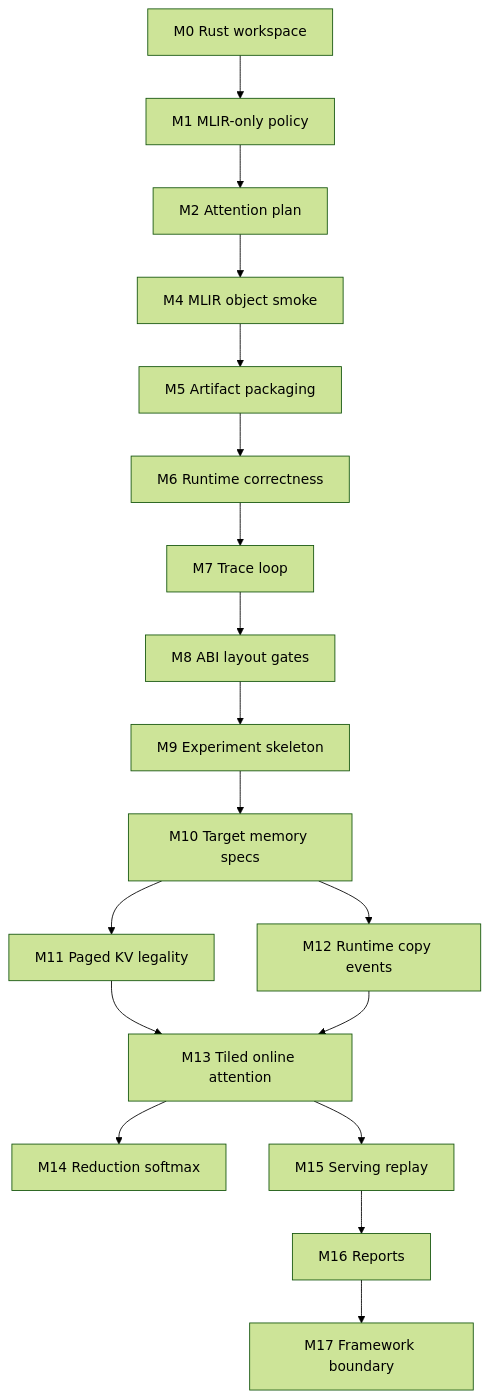
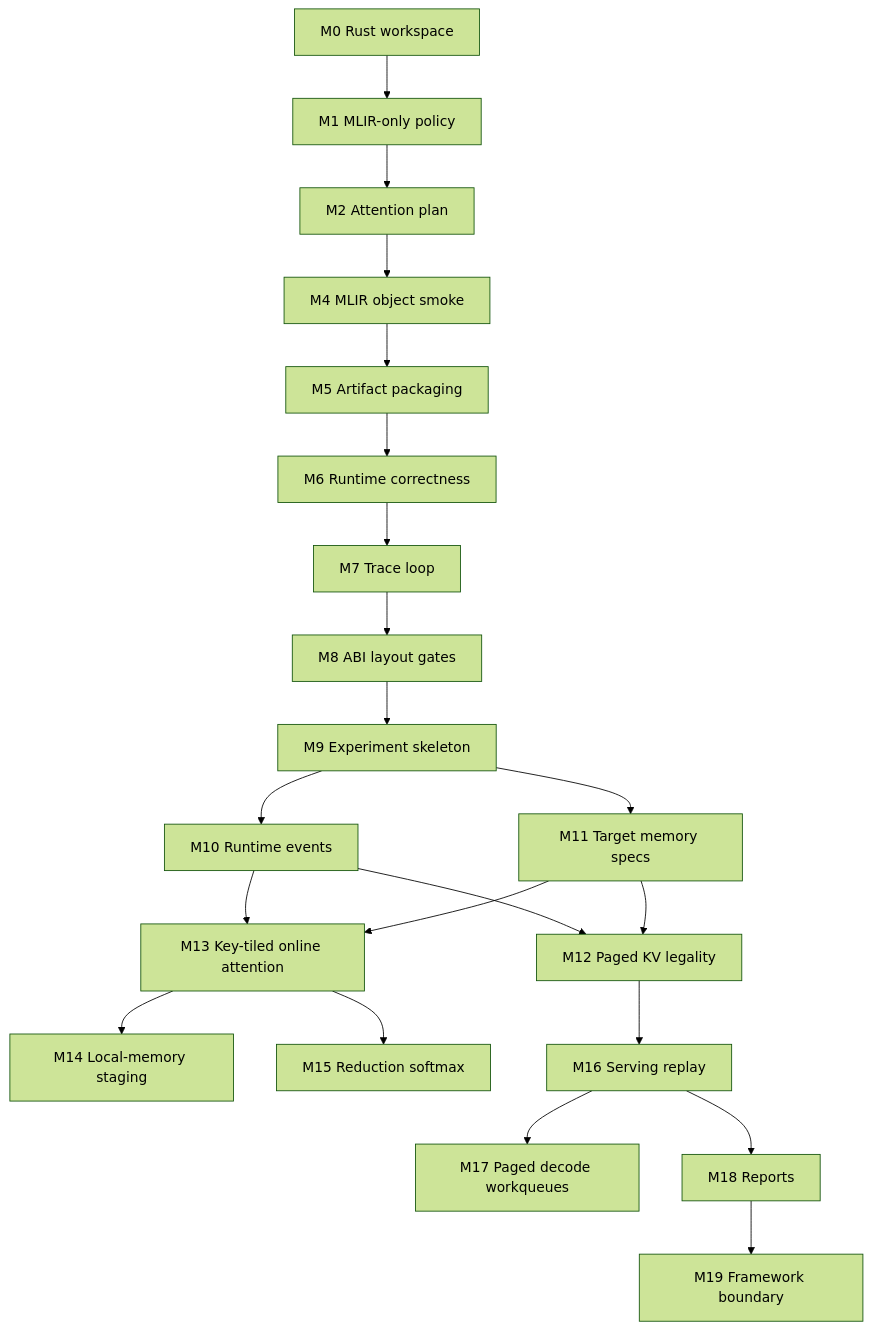
One commit to devillove084/Mandrel changed the second of 2 diagrams in docs/roadmap.md. Above: the diagram before and after it, drawn with Mermaid (forest theme). The commit also changed other lines of this file and 14 other files, not shown here.

````diff
--- a/docs/roadmap.md
+++ b/docs/roadmap.md
@@ -137,20 +196,23 @@
 ```mermaid
 flowchart TD
     M0[M0 Rust workspace] --> M1[M1 MLIR-only policy]
     M1 --> M2[M2 Attention plan]
     M2 --> M4[M4 MLIR object smoke]
     M4 --> M5[M5 Artifact packaging]
     M5 --> M6[M6 Runtime correctness]
     M6 --> M7[M7 Trace loop]
     M7 --> M8[M8 ABI layout gates]
     M8 --> M9[M9 Experiment skeleton]
-    M9 --> M10[M10 Target memory specs]
-    M10 --> M11[M11 Paged KV legality]
-    M10 --> M12[M12 Runtime copy events]
-    M11 --> M13[M13 Tiled online attention]
-    M12 --> M13
-    M13 --> M14[M14 Reduction softmax]
-    M13 --> M15[M15 Serving replay]
-    M15 --> M16[M16 Reports]
-    M16 --> M17[M17 Framework boundary]
+    M9 --> M10[M10 Runtime events]
+    M9 --> M11[M11 Target memory specs]
+    M10 --> M12[M12 Paged KV legality]
+    M11 --> M12
+    M10 --> M13[M13 Key-tiled online attention]
+    M11 --> M13
+    M13 --> M14[M14 Local-memory staging]
+    M13 --> M15[M15 Reduction softmax]
+    M12 --> M16[M16 Serving replay]
+    M16 --> M17[M17 Paged decode workqueues]
+    M16 --> M18[M18 Reports]
+    M18 --> M19[M19 Framework boundary]
 ```
````
